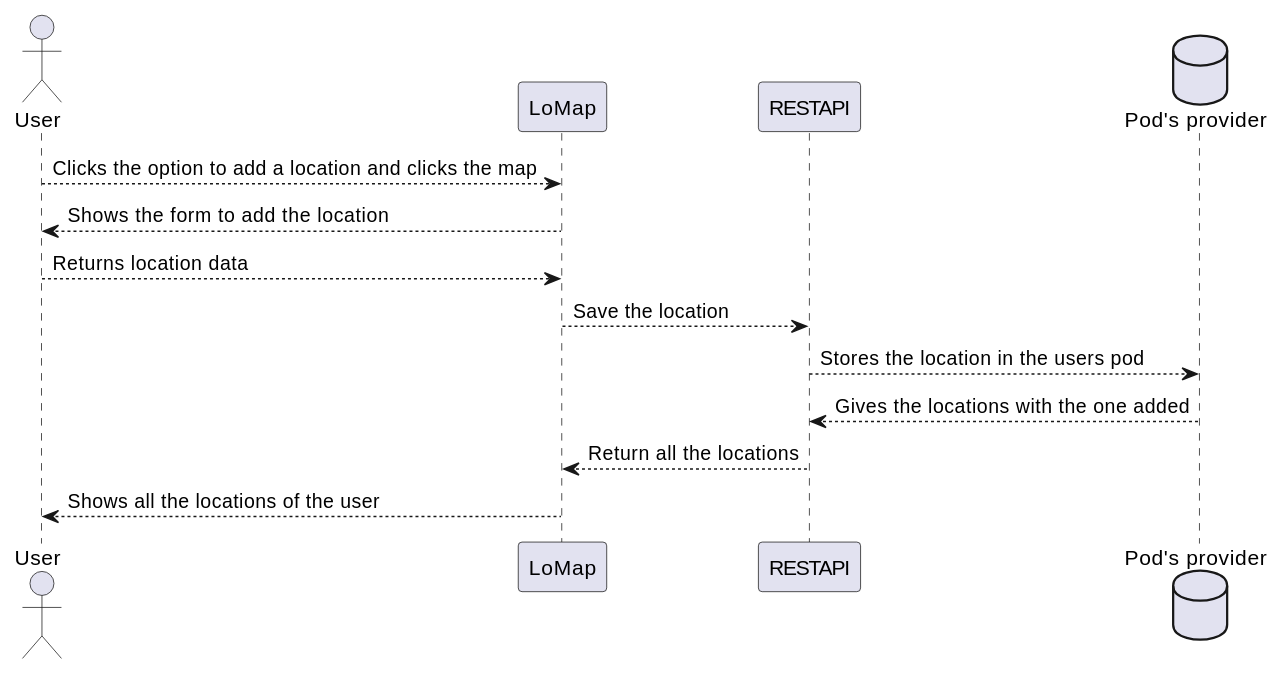
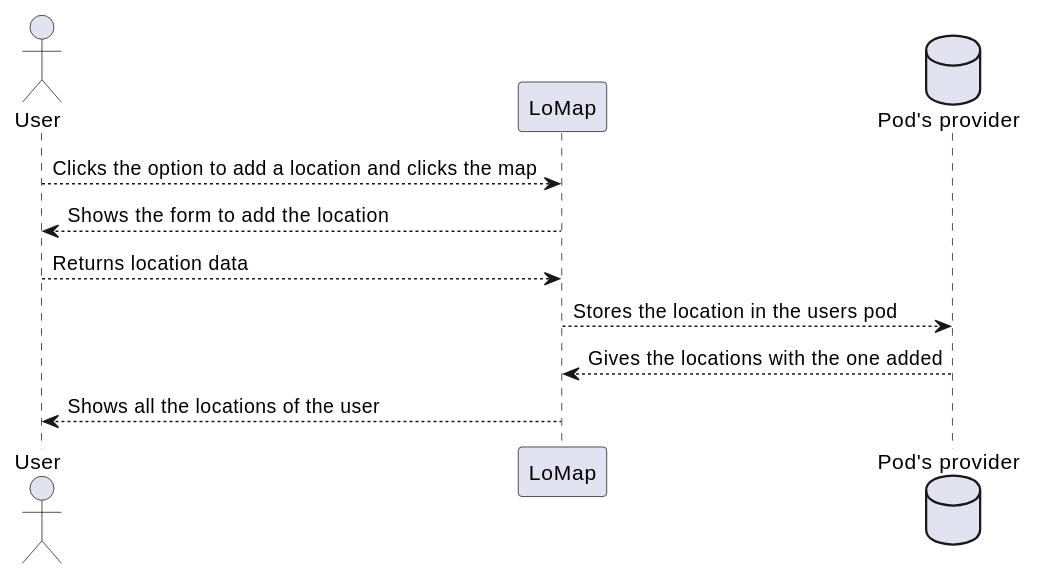
Before and after one commit to Arquisoft/lomap_es1c: the third of 7 diagrams in docs/06_runtime_view.adoc, drawn with PlantUML. The commit also changed other lines of this file, not shown here.

```diff
--- a/docs/06_runtime_view.adoc
+++ b/docs/06_runtime_view.adoc
@@ -76,15 +68,12 @@
 [plantuml,"Sequence diagram add",png]
 ----
 actor User
 Participant LoMap
-participant ra as "RESTAPI"
 database pod as "Pod's provider"
 User --> LoMap: Clicks the option to add a location and clicks the map
 LoMap --> User: Shows the form to add the location
 User --> LoMap: Returns location data
-LoMap --> ra: Save the location
-ra --> pod: Stores the location in the users pod
-pod --> ra: Gives the locations with the one added
-ra --> LoMap: Return all the locations
+LoMap --> pod: Stores the location in the users pod
+pod --> LoMap: Gives the locations with the one added
 LoMap --> User: Shows all the locations of the user
 ----
```
